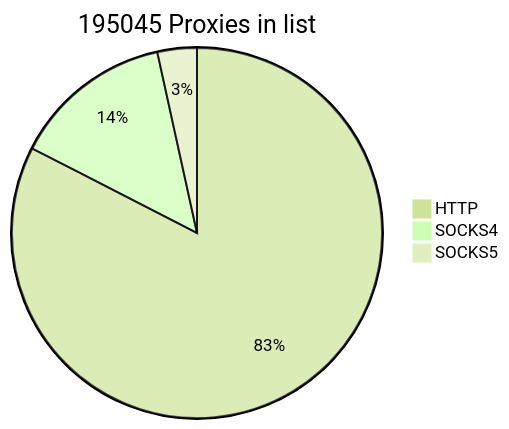
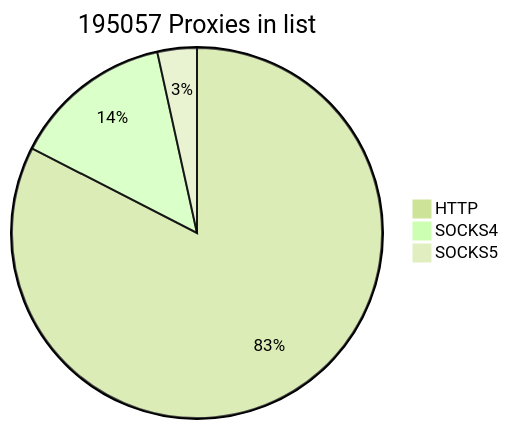
One commit to cutipu/proxylist changed the first of 2 diagrams in README.md. Above: the diagram before and after it, drawn with Mermaid (forest theme). The commit also changed other lines of this file, not shown here.

````diff
--- a/README.md
+++ b/README.md
@@ -2,7 +2,7 @@
 ```mermaid
-pie title 195045 Proxies in list
-    "HTTP" : 161002
-    "SOCKS4" : 27329
+pie title 195057 Proxies in list
+    "HTTP" : 161004
+    "SOCKS4" : 27339
     "SOCKS5" : 6714
             
 ```
````
